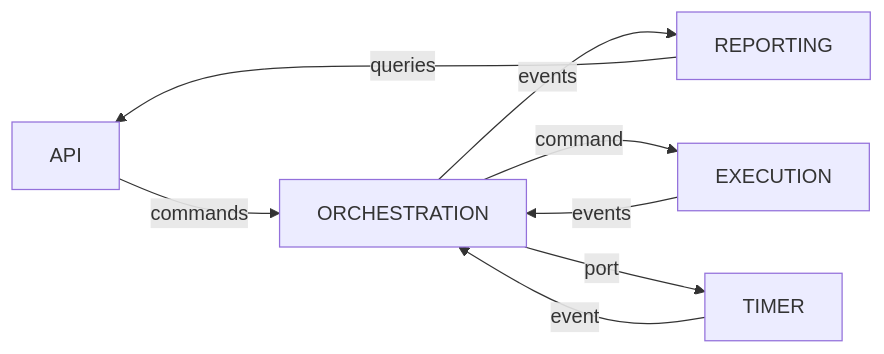
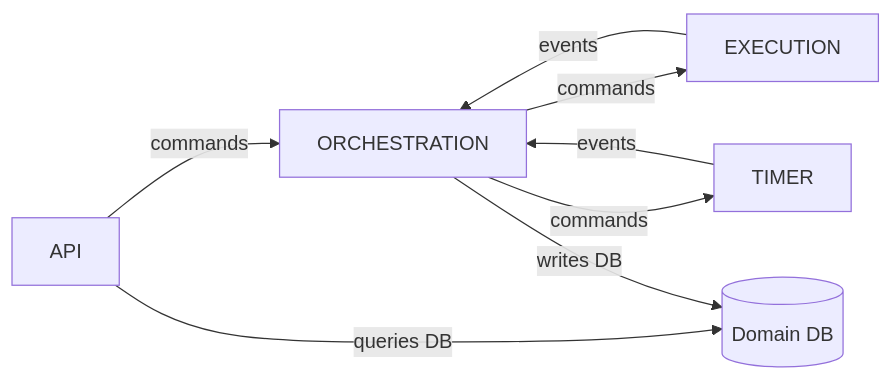
Before and after one commit to suddenlyGiovanni/event-service-agent-kata: the first of 3 diagrams in docs/design/bounded-contexts.md, drawn with Mermaid. The commit also changed other lines of this file, not shown here.

First line of the commit message:
docs(bounded-contexts): refine context descriptions and flow diagrams

````diff
--- a/docs/design/bounded-contexts.md
+++ b/docs/design/bounded-contexts.md
@@ -13,15 +12,14 @@
 ```mermaid
 flowchart LR
   API-->|commands|ORCHESTRATION
-  ORCHESTRATION-->|events|REPORTING
-  ORCHESTRATION-->|command|EXECUTION
-  ORCHESTRATION-->|port|TIMER
-  TIMER-->|event|ORCHESTRATION
+  ORCHESTRATION-->|commands|EXECUTION
+  ORCHESTRATION-->|commands|TIMER
+  TIMER-->|events|ORCHESTRATION
   EXECUTION-->|events|ORCHESTRATION
-  REPORTING-->|queries|API
+  API-->|queries DB|DB[(Domain DB)]
+  ORCHESTRATION-->|writes DB|DB
   click API "./contexts/api.md" "API Context"
   click ORCHESTRATION "./contexts/orchestration.md" "Orchestration Context"
   click EXECUTION "./contexts/execution.md" "Execution Context"
   click TIMER "./contexts/timer.md" "Timer Context"
-  click REPORTING "./contexts/reporting.md" "Reporting Context"
 ```
````
